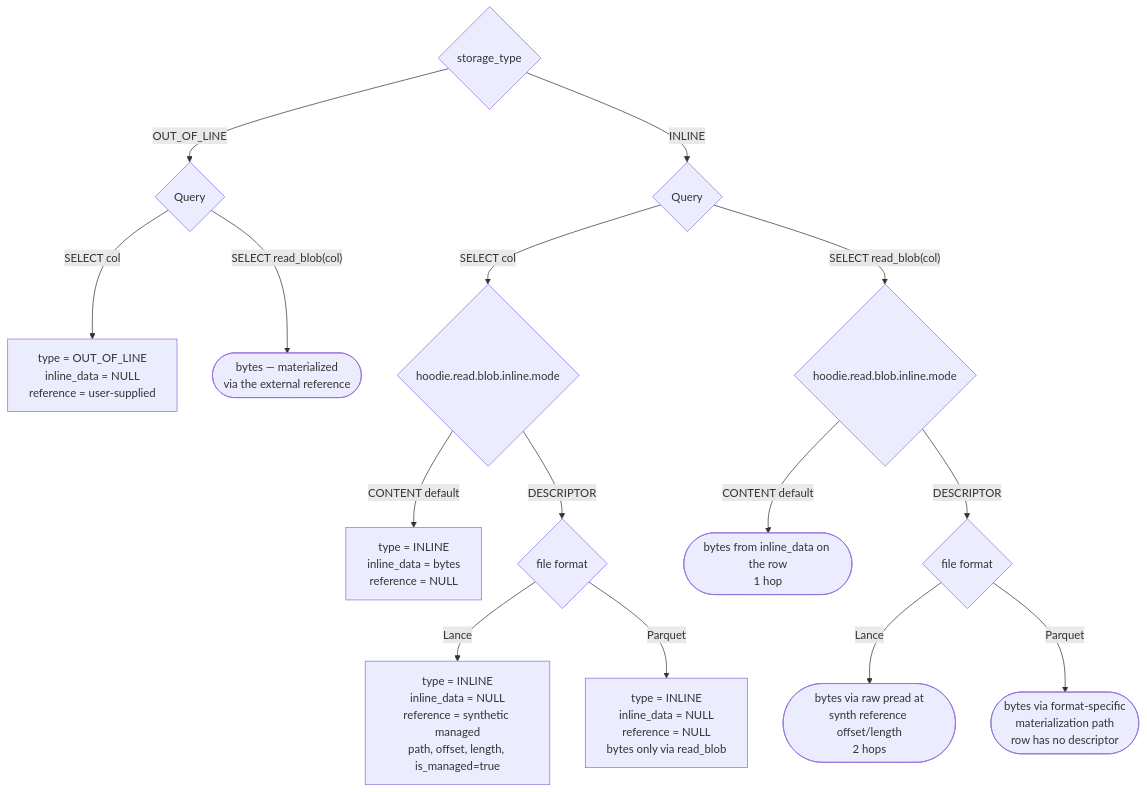
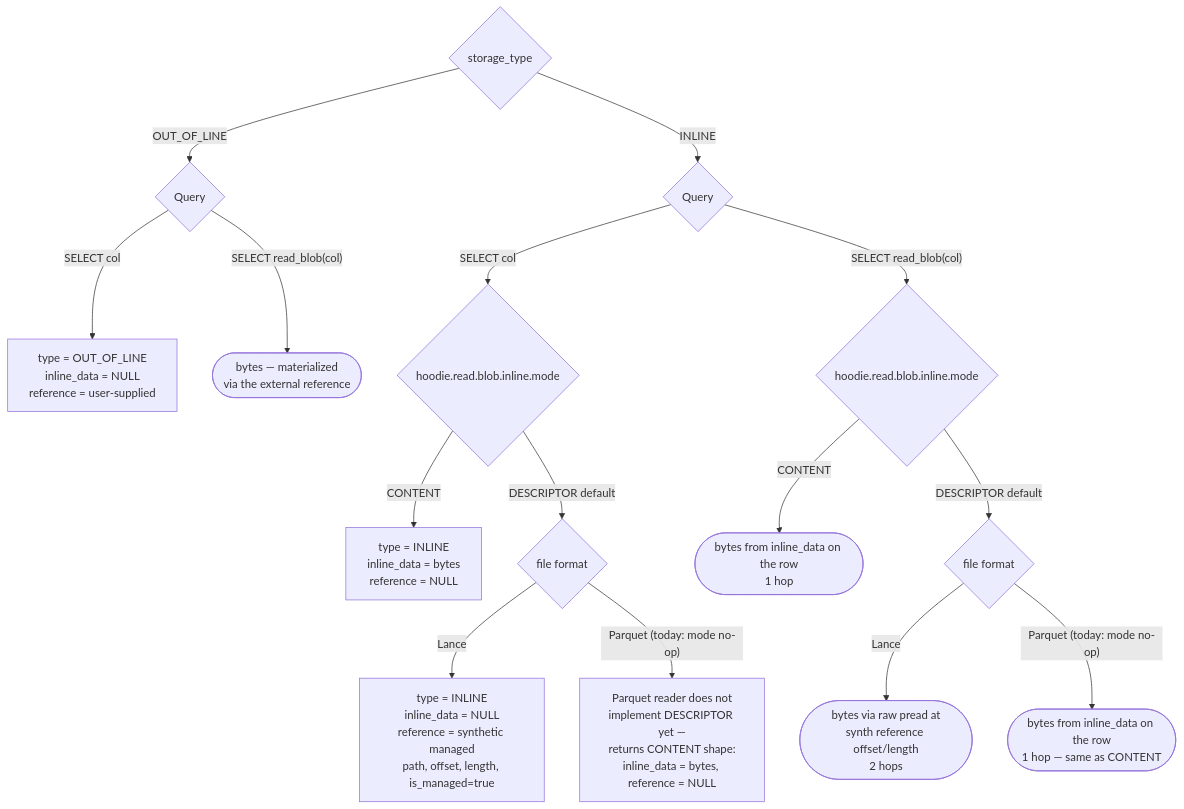
The first of 2 diagrams in rfc/rfc-100/rfc-100.md (apache/hudi), drawn with Mermaid before and after one commit. The commit also changed other lines of this file, not shown here.

First line of the commit message:
docs(rfc-100): align defaults with DESCRIPTOR flip; clarify Parquet no-op

````diff
--- a/rfc/rfc-100/rfc-100.md
+++ b/rfc/rfc-100/rfc-100.md
@@ -168,21 +174,21 @@
 ```mermaid
 flowchart TD
     ST{storage_type}
 
     ST -->|OUT_OF_LINE| QO{Query}
     QO -->|"SELECT col"| OOL["type = OUT_OF_LINE<br/>inline_data = NULL<br/>reference = user-supplied"]
     QO -->|"SELECT read_blob(col)"| RBO(["bytes — materialized<br/>via the external reference"])
 
     ST -->|INLINE| QI{Query}
     QI -->|"SELECT col"| M{hoodie.read.blob.inline.mode}
-    M -->|CONTENT default| CONT["type = INLINE<br/>inline_data = bytes<br/>reference = NULL"]
-    M -->|DESCRIPTOR| F{file format}
+    M -->|CONTENT| CONT["type = INLINE<br/>inline_data = bytes<br/>reference = NULL"]
+    M -->|DESCRIPTOR default| F{file format}
     F -->|Lance| LD["type = INLINE<br/>inline_data = NULL<br/>reference = synthetic managed<br/>path, offset, length, is_managed=true"]
-    F -->|Parquet| PD["type = INLINE<br/>inline_data = NULL<br/>reference = NULL<br/>bytes only via read_blob"]
+    F -->|"Parquet (today: mode no-op)"| PD["Parquet reader does not<br/>implement DESCRIPTOR yet —<br/>returns CONTENT shape:<br/>inline_data = bytes, reference = NULL"]
 
     QI -->|"SELECT read_blob(col)"| RM{hoodie.read.blob.inline.mode}
-    RM -->|CONTENT default| RBC(["bytes from inline_data on the row<br/>1 hop"])
-    RM -->|DESCRIPTOR| RF{file format}
+    RM -->|CONTENT| RBC(["bytes from inline_data on the row<br/>1 hop"])
+    RM -->|DESCRIPTOR default| RF{file format}
     RF -->|Lance| RBL(["bytes via raw pread at<br/>synth reference offset/length<br/>2 hops"])
-    RF -->|Parquet| RBP(["bytes via format-specific<br/>materialization path<br/>row has no descriptor"])
+    RF -->|"Parquet (today: mode no-op)"| RBP(["bytes from inline_data on the row<br/>1 hop — same as CONTENT"])
 ```
````
